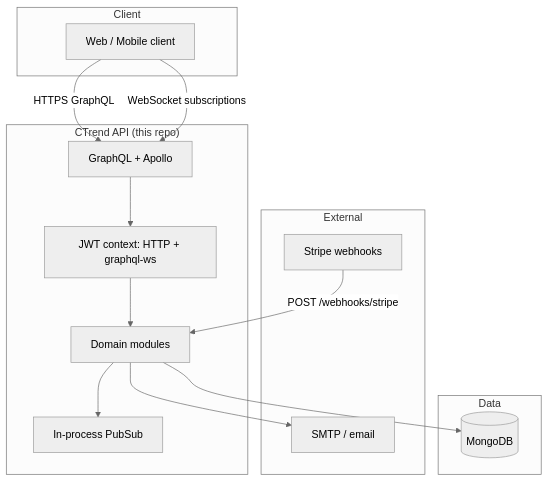
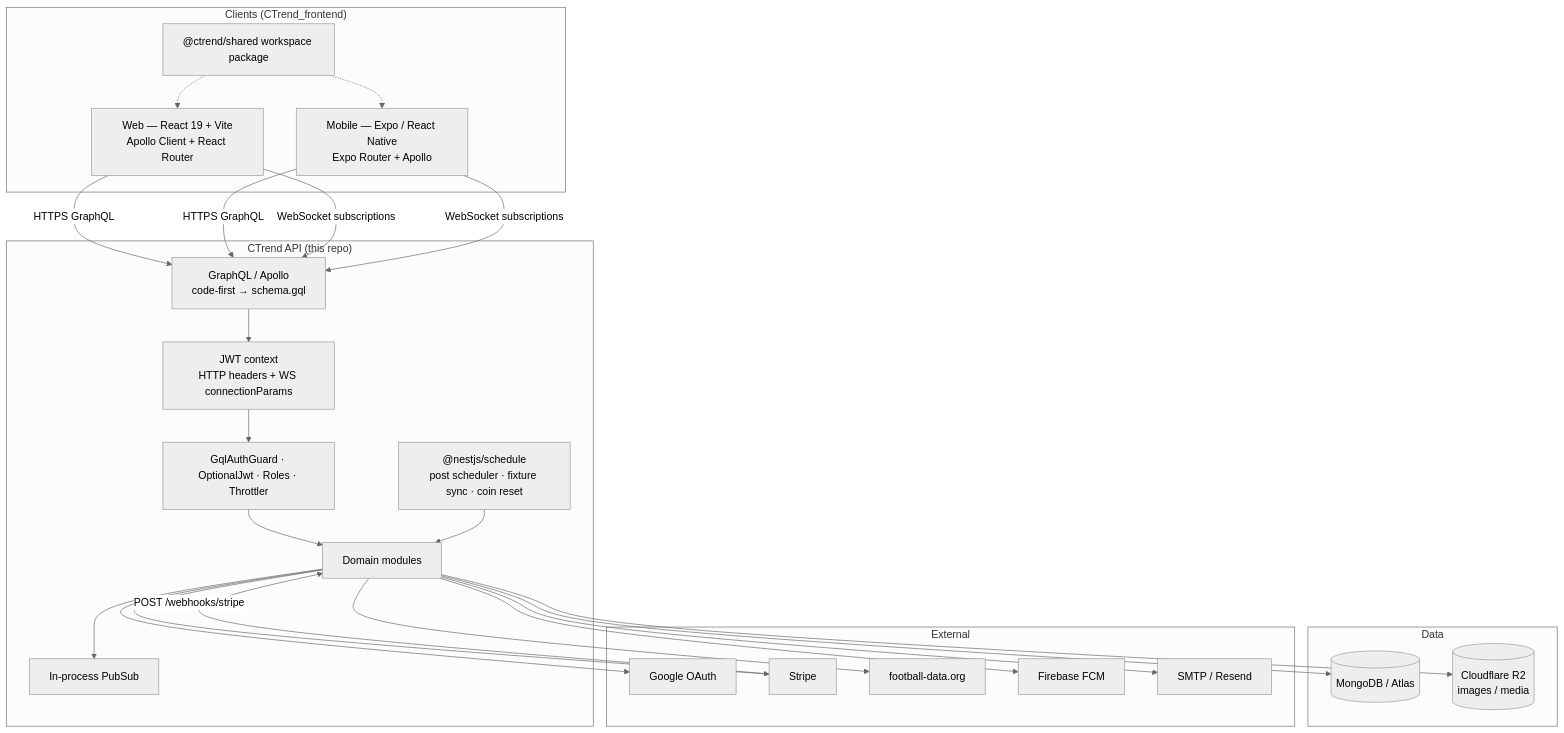
Before and after one commit to AbirAzim/CTrend: the diagram in README.md, drawn with Mermaid (neutral theme). The commit also changed other lines of this file, not shown here.

First line of the commit message:
feat: expand README with new features and architecture details

````diff
--- a/README.md
+++ b/README.md
@@ -22,31 +25,49 @@
 ```mermaid
 flowchart TB
-  subgraph Client
-    FE[Web / Mobile client]
+  subgraph Clients["Clients (CTrend_frontend)"]
+    WEB["Web — React 19 + Vite<br/>Apollo Client + React Router"]
+    MOB["Mobile — Expo / React Native<br/>Expo Router + Apollo"]
+    SHARED["@ctrend/shared workspace package"]
   end
 
   subgraph API["CTrend API (this repo)"]
-    GQL[GraphQL + Apollo]
-    CTX[JWT context: HTTP + graphql-ws]
-    MOD[Domain modules]
-    PS[In-process PubSub]
-    GQL --> CTX
-    CTX --> MOD
+    GQL["GraphQL / Apollo<br/>code-first → schema.gql"]
+    CTX["JWT context<br/>HTTP headers + WS connectionParams"]
+    GUARDS["GqlAuthGuard · OptionalJwt · Roles · Throttler"]
+    MOD["Domain modules"]
+    CRON["@nestjs/schedule<br/>post scheduler · fixture sync · coin reset"]
+    PS["In-process PubSub"]
+    GQL --> CTX --> GUARDS --> MOD
     MOD --> PS
+    CRON --> MOD
   end
 
   subgraph Data
-    MDB[(MongoDB)]
+    MDB[(MongoDB / Atlas)]
+    R2[(Cloudflare R2<br/>images / media)]
   end
 
   subgraph External
-    STRIPE[Stripe webhooks]
-    SMTP[SMTP / email]
+    GOOGLE[Google OAuth]
+    STRIPE[Stripe]
+    FD[football-data.org]
+    FCM[Firebase FCM]
+    SMTP[SMTP / Resend]
   end
 
-  FE -->|HTTPS GraphQL| GQL
-  FE -->|WebSocket subscriptions| GQL
+  WEB -->|HTTPS GraphQL| GQL
+  MOB -->|HTTPS GraphQL| GQL
+  WEB -->|WebSocket subscriptions| GQL
+  MOB -->|WebSocket subscriptions| GQL
+  SHARED -.-> WEB
+  SHARED -.-> MOB
+
   MOD --> MDB
+  MOD --> R2
+  MOD --> GOOGLE
+  MOD --> STRIPE
+  MOD --> FD
+  MOD --> FCM
+  MOD --> SMTP
   STRIPE -->|POST /webhooks/stripe| MOD
-  MOD --> SMTP
 ```
````
